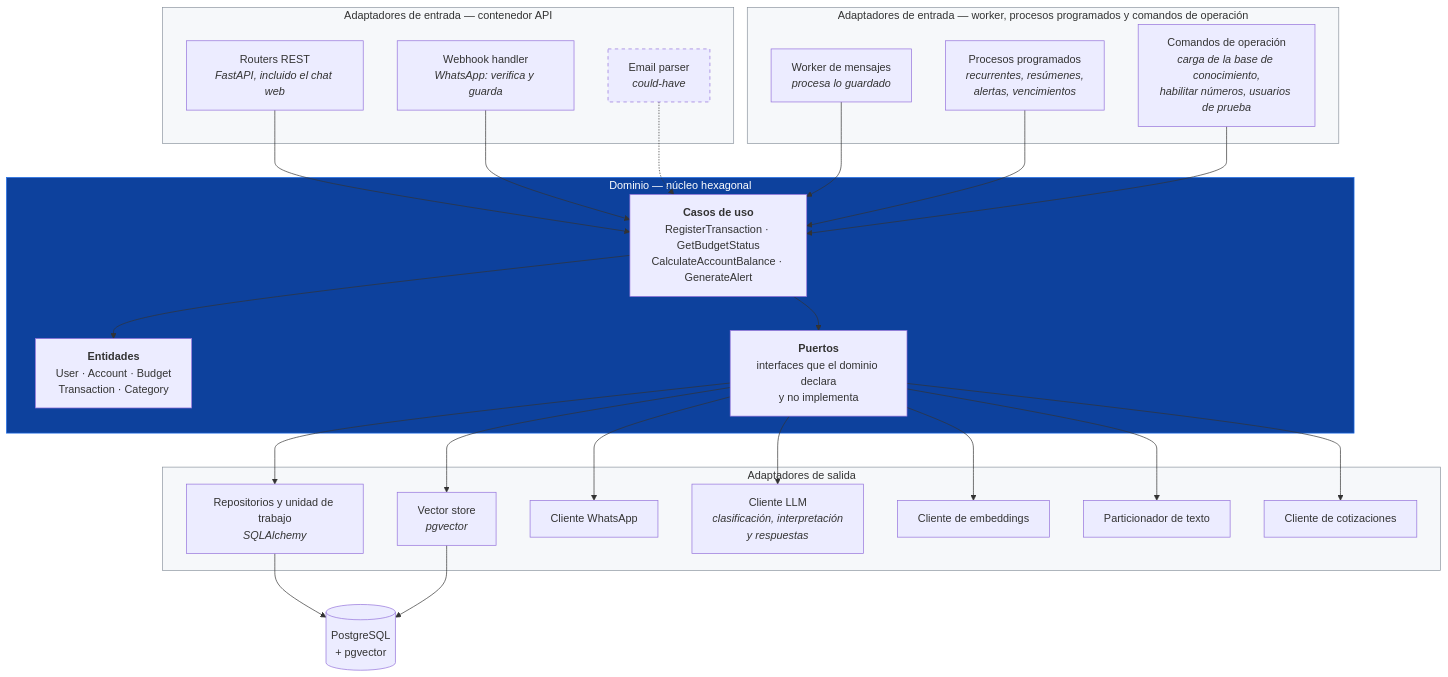
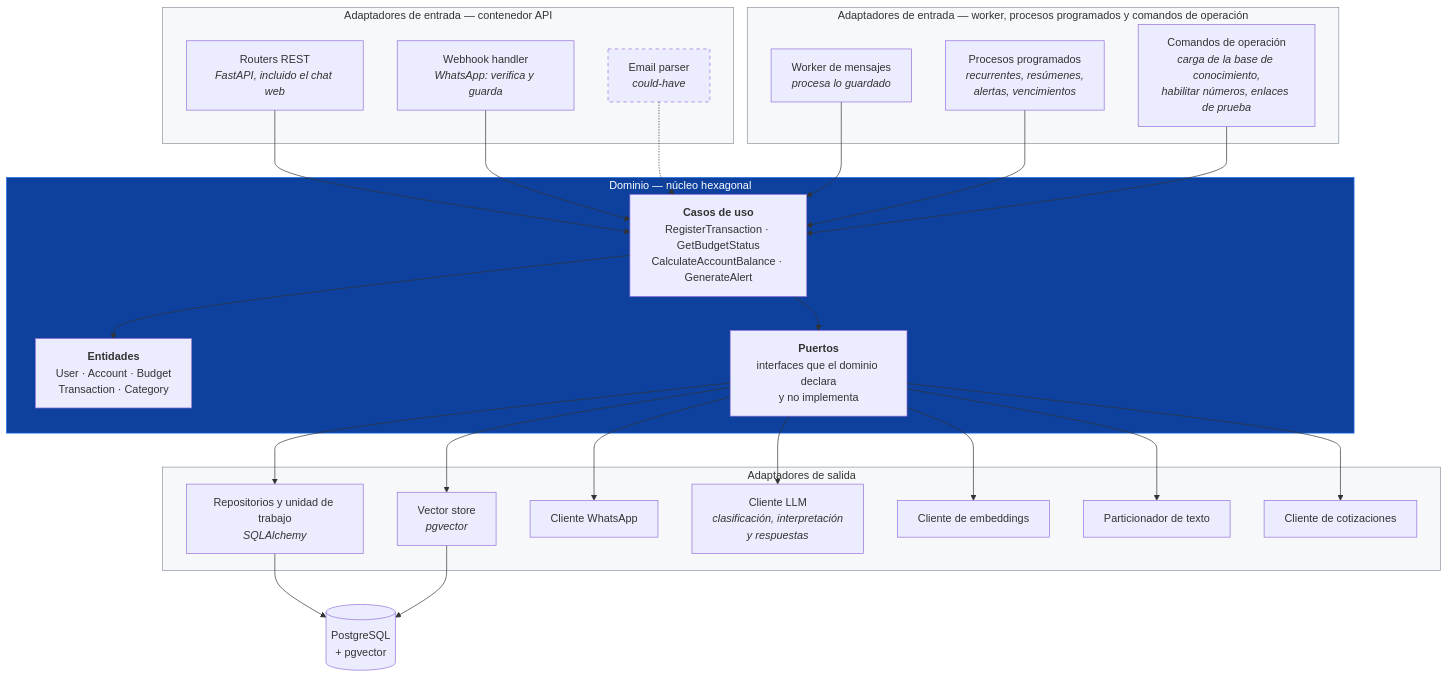
Before and after one commit to verozacarias-prog/AI4Devs-finalproject: the third of 4 diagrams in docs/02-arquitectura.md, drawn with Mermaid. The commit also changed other lines of this file and 12 other files, not shown here.

````diff
--- a/docs/02-arquitectura.md
+++ b/docs/02-arquitectura.md
@@ -86,54 +86,54 @@
 ```mermaid
 flowchart TB
     subgraph INBOUND["Adaptadores de entrada — contenedor API"]
         ROUTERS["Routers REST<br/><i>FastAPI, incluido el chat web</i>"]
         HOOK["Webhook handler<br/><i>WhatsApp: verifica y guarda</i>"]
         PARSE["Email parser<br/><i>could-have</i>"]
     end
 
     subgraph WORKERBOX["Adaptadores de entrada — worker, procesos programados y comandos de operación"]
         MSGWK["Worker de mensajes<br/><i>procesa lo guardado</i>"]
         SCHED["Procesos programados<br/><i>recurrentes, resúmenes,<br/>alertas, vencimientos</i>"]
-        CLI["Comandos de operación<br/><i>carga de la base de conocimiento,<br/>habilitar números, usuarios de prueba</i>"]
+        CLI["Comandos de operación<br/><i>carga de la base de conocimiento,<br/>habilitar números, enlaces de prueba</i>"]
     end
 
     subgraph DOMAIN["Dominio — núcleo hexagonal"]
         UC["<b>Casos de uso</b><br/>RegisterTransaction · GetBudgetStatus<br/>CalculateAccountBalance · GenerateAlert"]
         ENT["<b>Entidades</b><br/>User · Account · Budget<br/>Transaction · Category"]
         PORTS["<b>Puertos</b><br/>interfaces que el dominio declara<br/>y no implementa"]
     end
 
     subgraph OUTBOUND["Adaptadores de salida"]
         REPO["Repositorios y unidad de trabajo<br/><i>SQLAlchemy</i>"]
         VECADAPT["Vector store<br/><i>pgvector</i>"]
         WACLIENT["Cliente WhatsApp"]
         LLMCLIENT["Cliente LLM<br/><i>clasificación, interpretación<br/>y respuestas</i>"]
         EMBCLIENT["Cliente de embeddings"]
         SPLIT["Particionador de texto"]
         FXCLIENT["Cliente de cotizaciones"]
     end
 
     DB[("PostgreSQL<br/>+ pgvector")]
 
     ROUTERS --> UC
     HOOK --> UC
     MSGWK --> UC
     SCHED --> UC
     CLI --> UC
     PARSE -.-> UC
     UC --> ENT
     UC --> PORTS
     PORTS --> REPO --> DB
     PORTS --> VECADAPT --> DB
     PORTS --> WACLIENT
     PORTS --> LLMCLIENT
     PORTS --> EMBCLIENT
     PORTS --> SPLIT
     PORTS --> FXCLIENT
 
     style DOMAIN fill:#0d419d,stroke:#1f6feb,color:#fff
     style INBOUND fill:#f6f8fa,stroke:#8b949e
     style WORKERBOX fill:#f6f8fa,stroke:#8b949e
     style OUTBOUND fill:#f6f8fa,stroke:#8b949e
     style PARSE stroke-dasharray: 5 5
 ```
````
